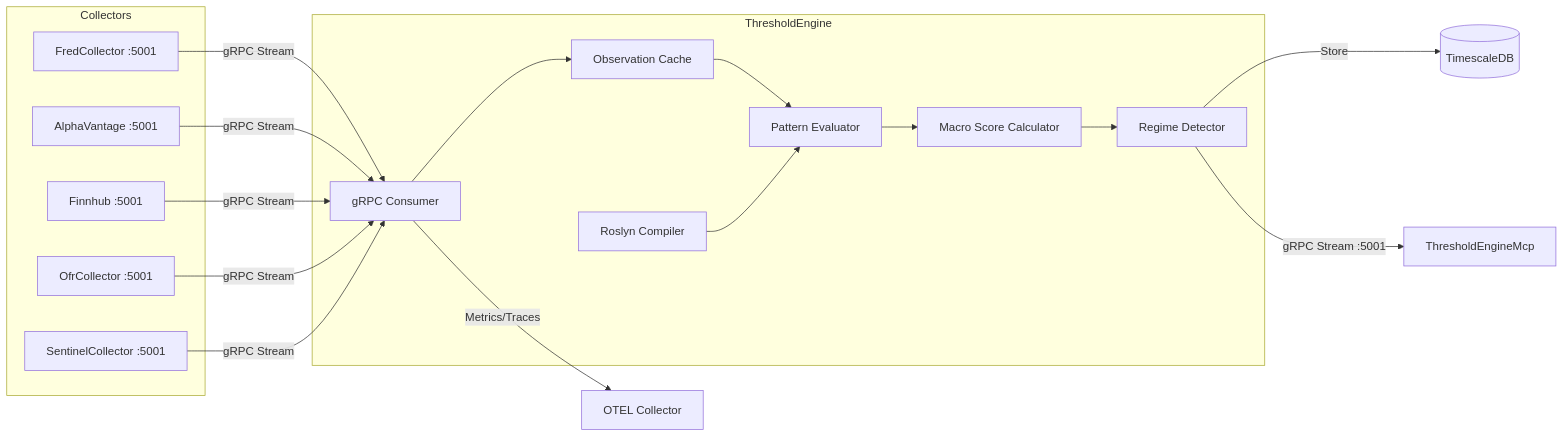
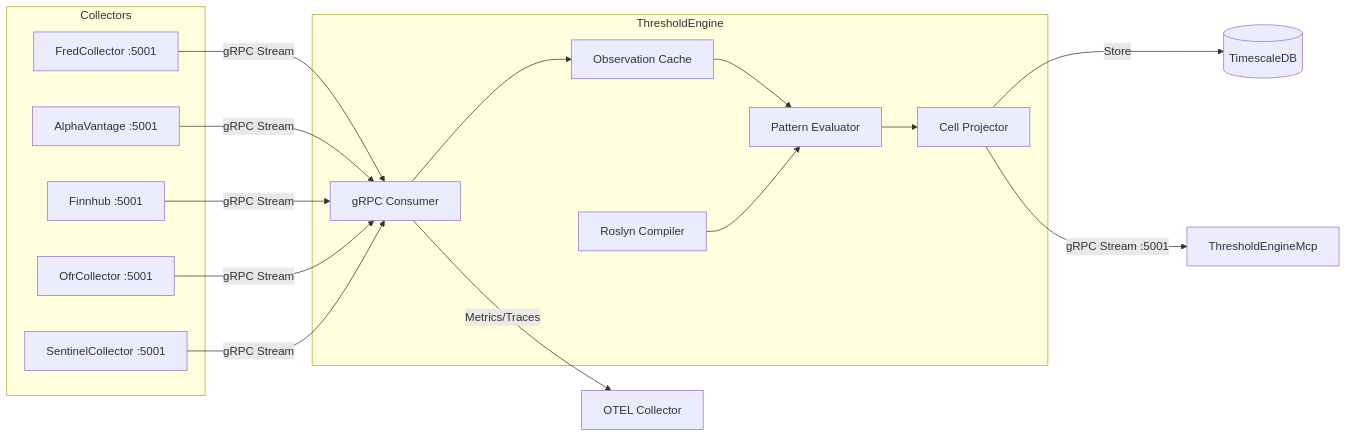
The diagram in ThresholdEngine/README.md (jpansarasa/ATLAS-Docs), drawn with Mermaid before and after one commit. The commit also changed other lines of this file and 2 other files, not shown here.

````diff
--- a/ThresholdEngine/README.md
+++ b/ThresholdEngine/README.md
@@ -11,29 +11,27 @@
 ```mermaid
 flowchart LR
     subgraph Collectors
         FC[FredCollector :5001]
         AV[AlphaVantage :5001]
         FH[Finnhub :5001]
         OC[OfrCollector :5001]
         SC[SentinelCollector :5001]
     end
 
     subgraph ThresholdEngine
         GC[gRPC Consumer]
         CACHE[Observation Cache]
         EVAL[Pattern Evaluator]
         ROSLYN[Roslyn Compiler]
-        MACRO[Macro Score Calculator]
-        REGIME[Regime Detector]
+        PROJ[Cell Projector]
     end
 
     FC & AV & FH & OC & SC -->|gRPC Stream| GC
     GC --> CACHE
     CACHE --> EVAL
     ROSLYN --> EVAL
-    EVAL --> MACRO
-    MACRO --> REGIME
-    REGIME -->|Store| DB[(TimescaleDB)]
-    REGIME -->|gRPC Stream :5001| MCP[ThresholdEngineMcp]
+    EVAL --> PROJ
+    PROJ -->|Store| DB[(TimescaleDB)]
+    PROJ -->|gRPC Stream :5001| MCP[ThresholdEngineMcp]
     GC -->|Metrics/Traces| OTEL[OTEL Collector]
 ```
````
